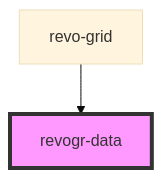
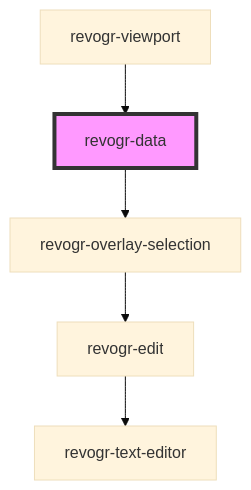
One commit to revolist/revogrid changed the diagram in src/components/data/readme.md. Above: the diagram before and after it, drawn with Mermaid (base theme). The commit also changed other lines of this file and 31 other files, not shown here.

````diff
--- a/src/components/data/readme.md
+++ b/src/components/data/readme.md
@@ -15,5 +36,8 @@
 ```mermaid
 graph TD;
-  revo-grid --> revogr-data
+  revogr-data --> revogr-overlay-selection
+  revogr-overlay-selection --> revogr-edit
+  revogr-edit --> revogr-text-editor
+  revogr-viewport --> revogr-data
   style revogr-data fill:#f9f,stroke:#333,stroke-width:4px
 ```
````
